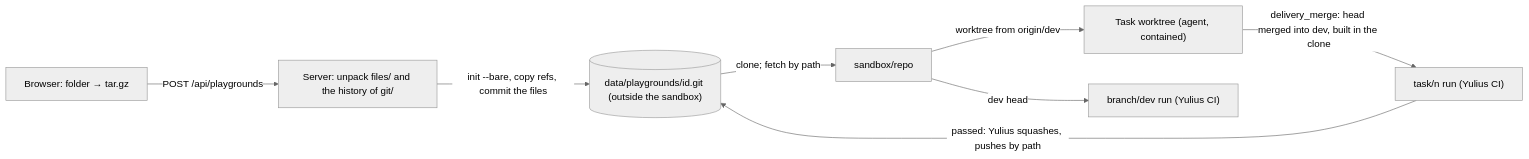
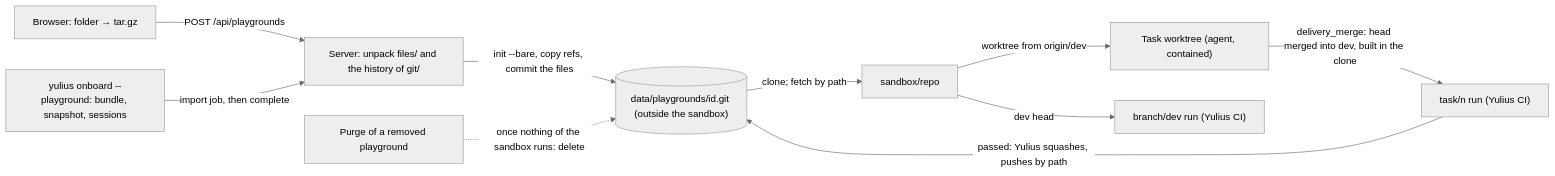
The seventh of 35 diagrams in docs/architecture.md (Quartio-Studio/yulius), drawn with Mermaid (neutral theme) before and after one commit. The commit also changed other lines of this file and 43 other files, not shown here.

First line of the commit message:
feat(import): fix #409, #420: yulius onboard uploads a checkout into a playground; a removed playgr… (#560)

````diff
--- a/docs/architecture.md
+++ b/docs/architecture.md
@@ -200,10 +214,12 @@
 ```mermaid
 flowchart LR
   B["Browser: folder → tar.gz"] -->|"POST /api/playgrounds"| S["Server: unpack files/ and the history of git/"]
+  L["yulius onboard --playground: bundle, snapshot, sessions"] -->|"import job, then complete"| S
   S -->|"init --bare, copy refs, commit the files"| O[("data/playgrounds/id.git (outside the sandbox)")]
   O -->|"clone; fetch by path"| R["sandbox/repo"]
   R -->|"worktree from origin/dev"| T["Task worktree (agent, contained)"]
   T -->|"delivery_merge: head merged into dev, built in the clone"| C["task/n run (Yulius CI)"]
   R -->|"dev head"| D["branch/dev run (Yulius CI)"]
   C -->|"passed: Yulius squashes, pushes by path"| O
+  P["Purge of a removed playground"] -.->|"once nothing of the sandbox runs: delete"| O
 ```
````
